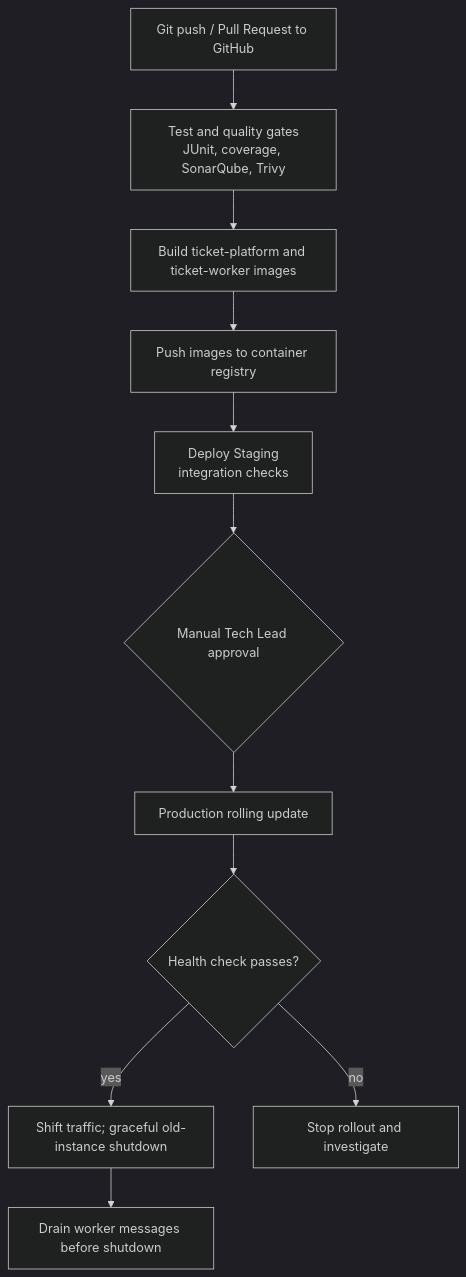
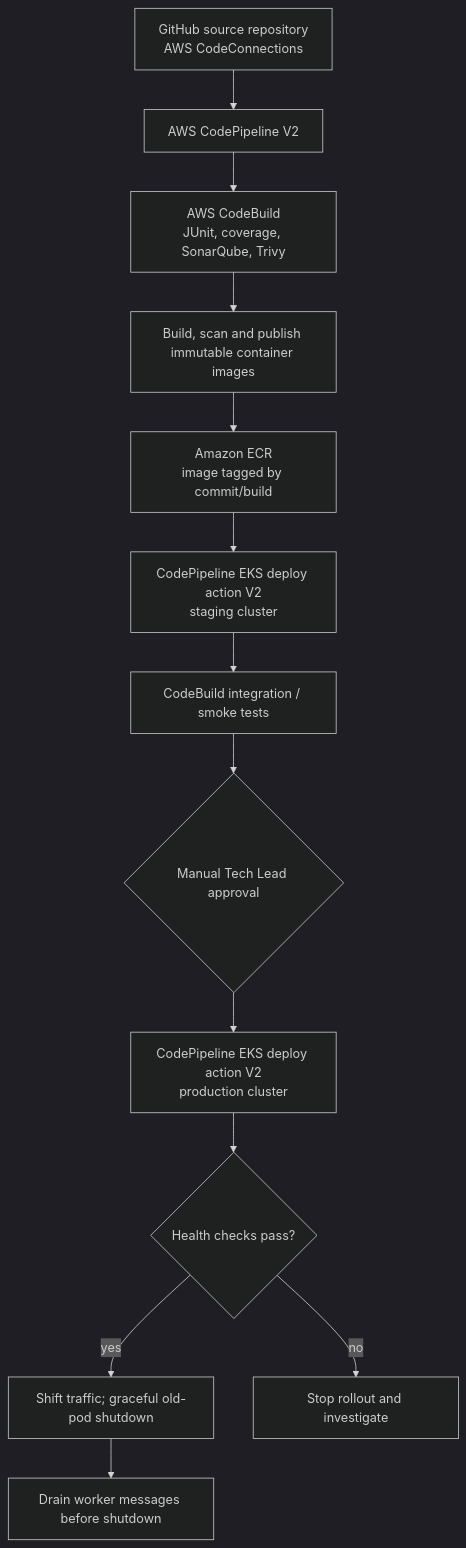
The second of 2 diagrams in business-analysis/06_System_Design_And_Tools_(Architecture_And_Tools)/07_Deployment_And_Operations_Architecture.md (toanteng11/concert-ticketing-docs), drawn with Mermaid (dark theme) before and after one commit. The commit also changed other lines of this file and 43 other files, not shown here.

````diff
--- a/business-analysis/06_System_Design_And_Tools_(Architecture_And_Tools)/07_Deployment_And_Operations_Architecture.md
+++ b/business-analysis/06_System_Design_And_Tools_(Architecture_And_Tools)/07_Deployment_And_Operations_Architecture.md
@@ -226,17 +237,19 @@
 ```mermaid
 flowchart TD
-  push["Git push / Pull Request to GitHub"]
-  quality["Test and quality gates<br/>JUnit, coverage, SonarQube, Trivy"]
-  build["Build ticket-platform and ticket-worker images"]
-  registry["Push images to container registry"]
-  staging["Deploy Staging<br/>integration checks"]
+  source["GitHub source repository<br/>AWS CodeConnections"]
+  pipeline["AWS CodePipeline V2"]
+  quality["AWS CodeBuild<br/>JUnit, coverage, SonarQube, Trivy"]
+  build["Build, scan and publish immutable container images"]
+  registry["Amazon ECR<br/>image tagged by commit/build"]
+  staging["CodePipeline EKS deploy action V2<br/>staging cluster"]
+  tests["CodeBuild integration / smoke tests"]
   approve{"Manual Tech Lead approval"}
-  prod["Production rolling update"]
-  health{"Health check passes?"}
-  switch["Shift traffic; graceful old-instance shutdown"]
+  prod["CodePipeline EKS deploy action V2<br/>production cluster"]
+  health{"Health checks pass?"}
   worker["Drain worker messages before shutdown"]
+  switch["Shift traffic; graceful old-pod shutdown"]
   fail["Stop rollout and investigate"]
-  push --> quality --> build --> registry --> staging --> approve --> prod --> health
+  source --> pipeline --> quality --> build --> registry --> staging --> tests --> approve --> prod --> health
   health -->|yes| switch --> worker
   health -->|no| fail
 ```
````
